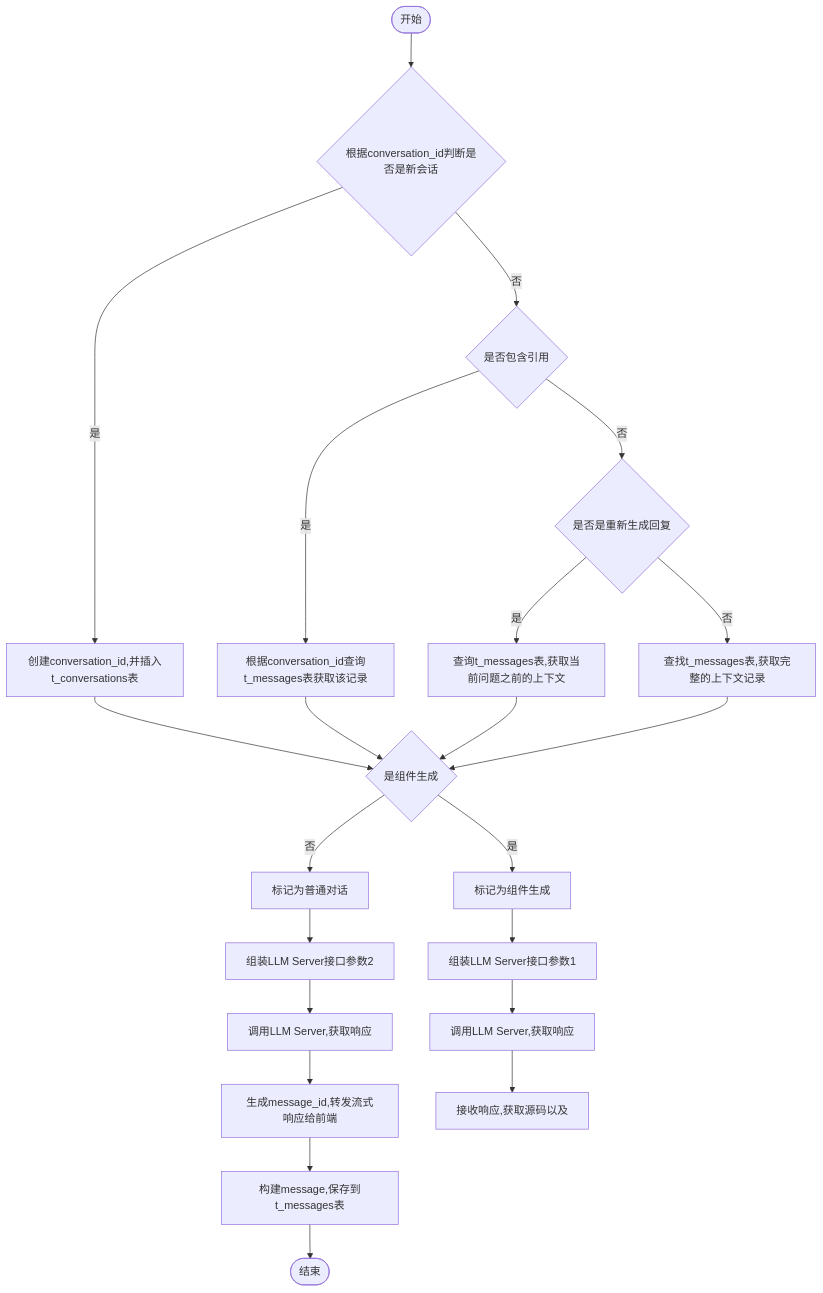
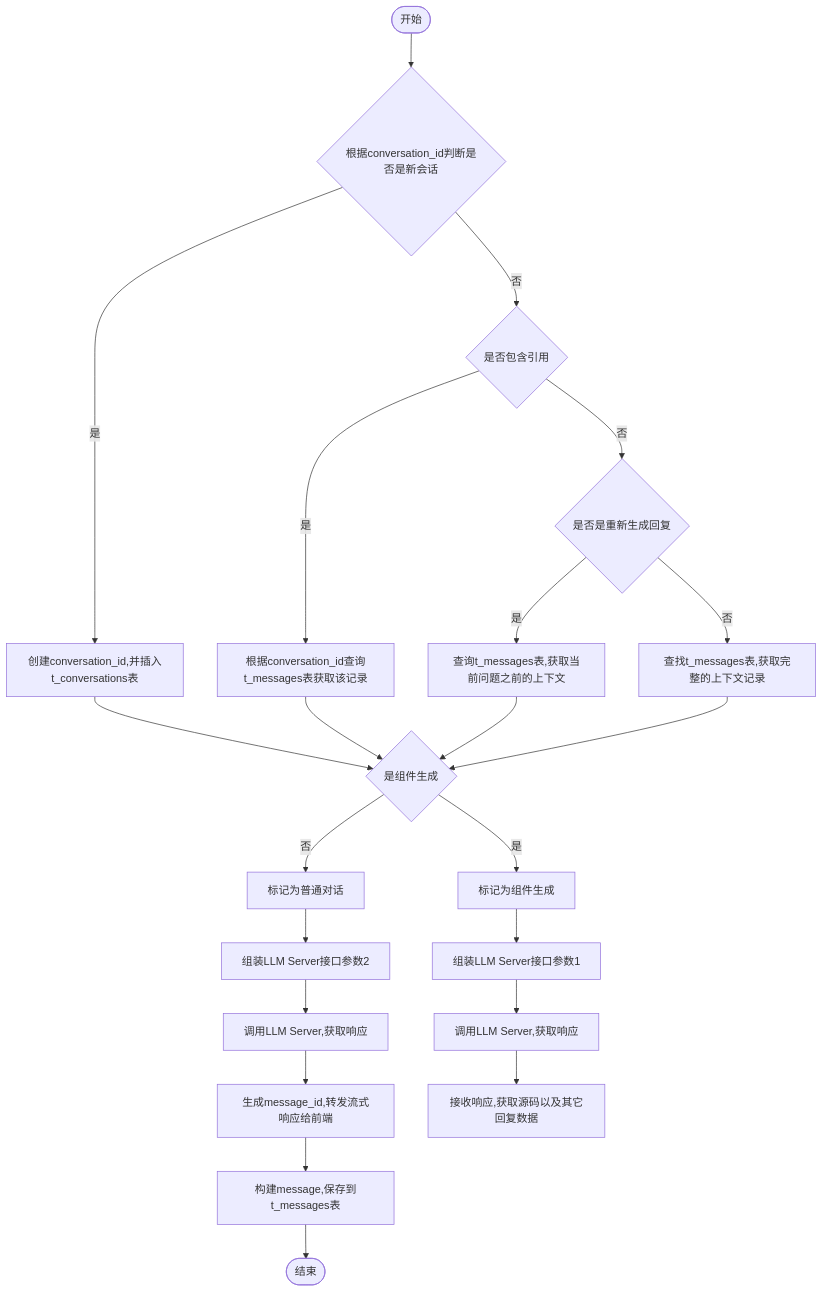
One commit to yingjianzh/iodraw-files changed the diagram in all/未命名-7.md. Above: the diagram before and after it, drawn with Mermaid.

Commit message:
2024-10-12 14:35:12 update

````diff
--- a/all/未命名-7.md
+++ b/all/未命名-7.md
@@ -1,27 +1,28 @@
 ```mermaid
 flowchart TD
     A([开始]) --> B{根据conversation_id判断是否是新会话}
     B -- 是 --> C[创建conversation_id,并插入t_conversations表]
     B -- 否 --> D{是否包含引用}
     D -- 是 --> E[根据conversation_id查询t_messages表获取该记录]
     D -- 否 --> F{是否是重新生成回复}
     F -- 是 --> G[查询t_messages表,获取当前问题之前的上下文]
     F -- 否 --> H[查找t_messages表,获取完整的上下文记录]
      
     C & E & G & H --> I{是组件生成}
     I -- 是 --> J[标记为组件生成]
     I -- 否 --> K[标记为普通对话]
 
     J --> L[组装LLM Server接口参数1]    
     K --> M[组装LLM Server接口参数2]    
     M --> N[调用LLM Server,获取响应]    
     N --> O[生成message_id,转发流式响应给前端]
     O --> P[构建message,保存到t_messages表]
     P --> R([结束])
 
 
     L --> S[调用LLM Server,获取响应]
-    S --> T[接收响应,获取源码以及]
+    S --> T[接收响应,获取源码以及其它回复数据]
+    
 
 
 ```
````
